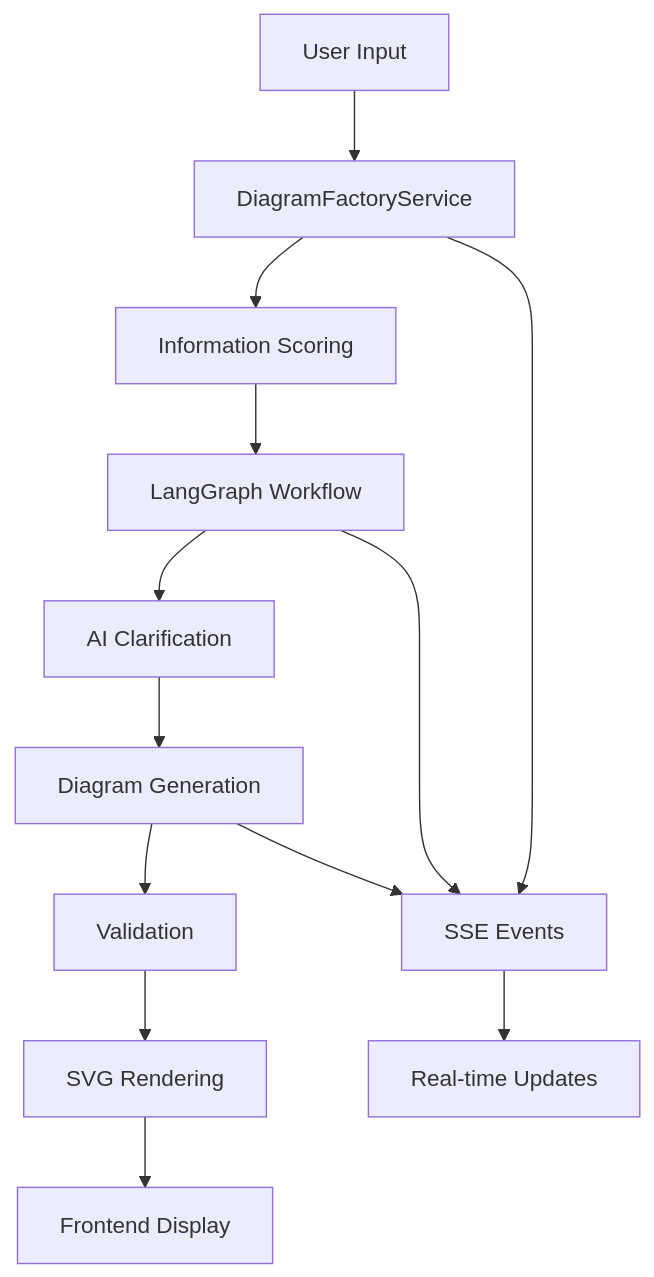
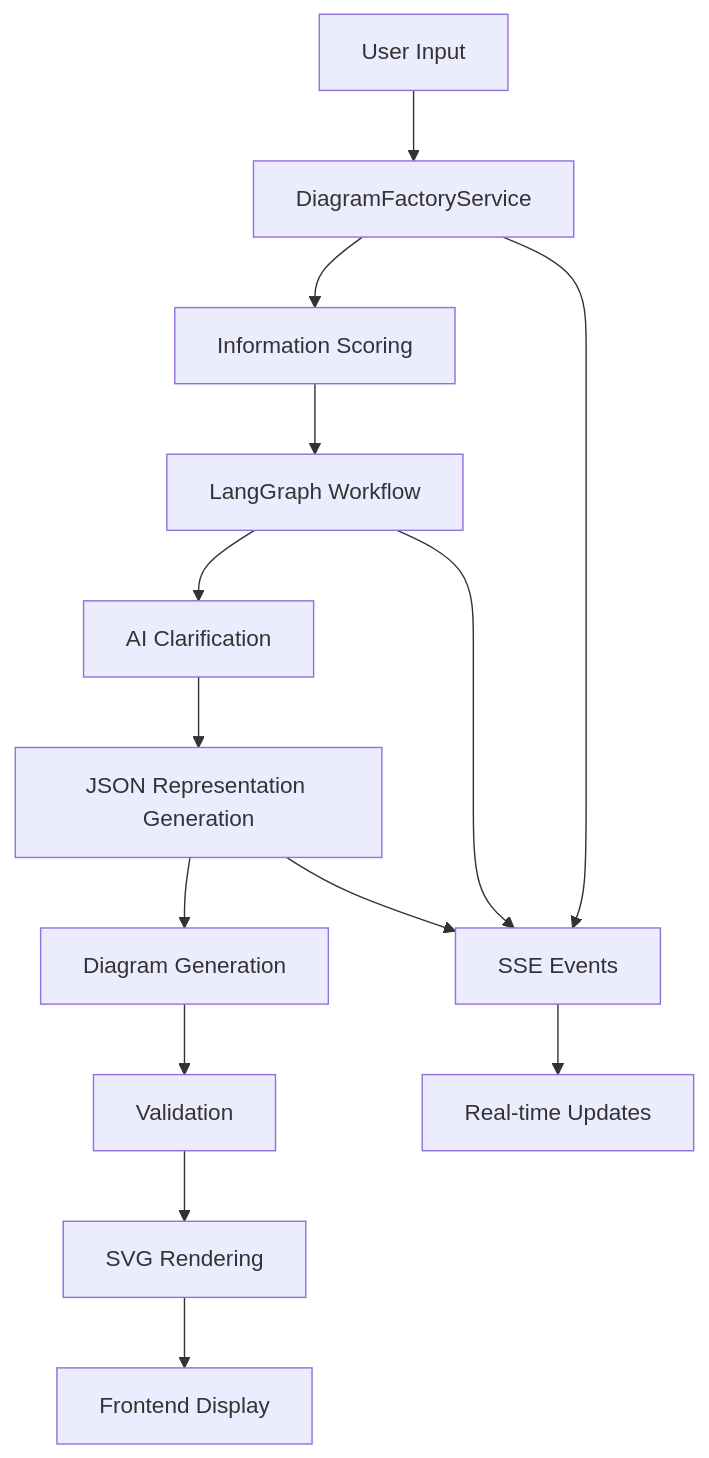
One commit to argentquest/Whysper changed the diagram in DOCUMENTATION/3-DIAGRAM_SYSTEM/DIAGRAM_WIZARD/DIAGRAM_WIZARD.MD. Above: the diagram before and after it, drawn with Mermaid. The commit also changed other lines of this file and 29 other files, not shown here.

Commit message:
More work on the diagram wizard

````diff
--- a/DOCUMENTATION/3-DIAGRAM_SYSTEM/DIAGRAM_WIZARD/DIAGRAM_WIZARD.MD
+++ b/DOCUMENTATION/3-DIAGRAM_SYSTEM/DIAGRAM_WIZARD/DIAGRAM_WIZARD.MD
@@ -21,16 +21,17 @@
 ```mermaid
 graph TD
     A[User Input] --> B[DiagramFactoryService]
     B --> C[Information Scoring]
     C --> D[LangGraph Workflow]
     D --> E[AI Clarification]
-    E --> F[Diagram Generation]
-    F --> G[Validation]
-    G --> H[SVG Rendering]
-    H --> I[Frontend Display]
+    E --> F[JSON Representation Generation]
+    F --> G[Diagram Generation]
+    G --> H[Validation]
+    H --> I[SVG Rendering]
+    I --> J[Frontend Display]
     
-    J[SSE Events] --> K[Real-time Updates]
-    B --> J
-    D --> J
-    F --> J
+    K[SSE Events] --> L[Real-time Updates]
+    B --> K
+    D --> K
+    F --> K
 ```
````
